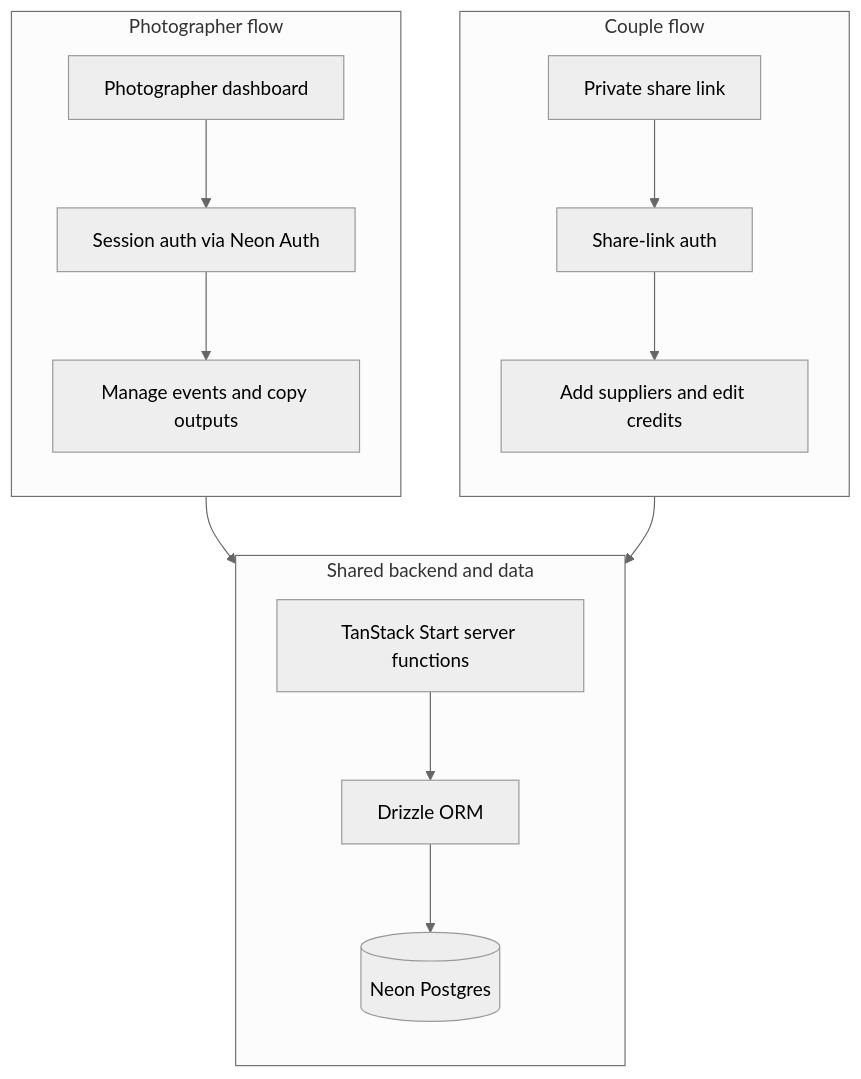
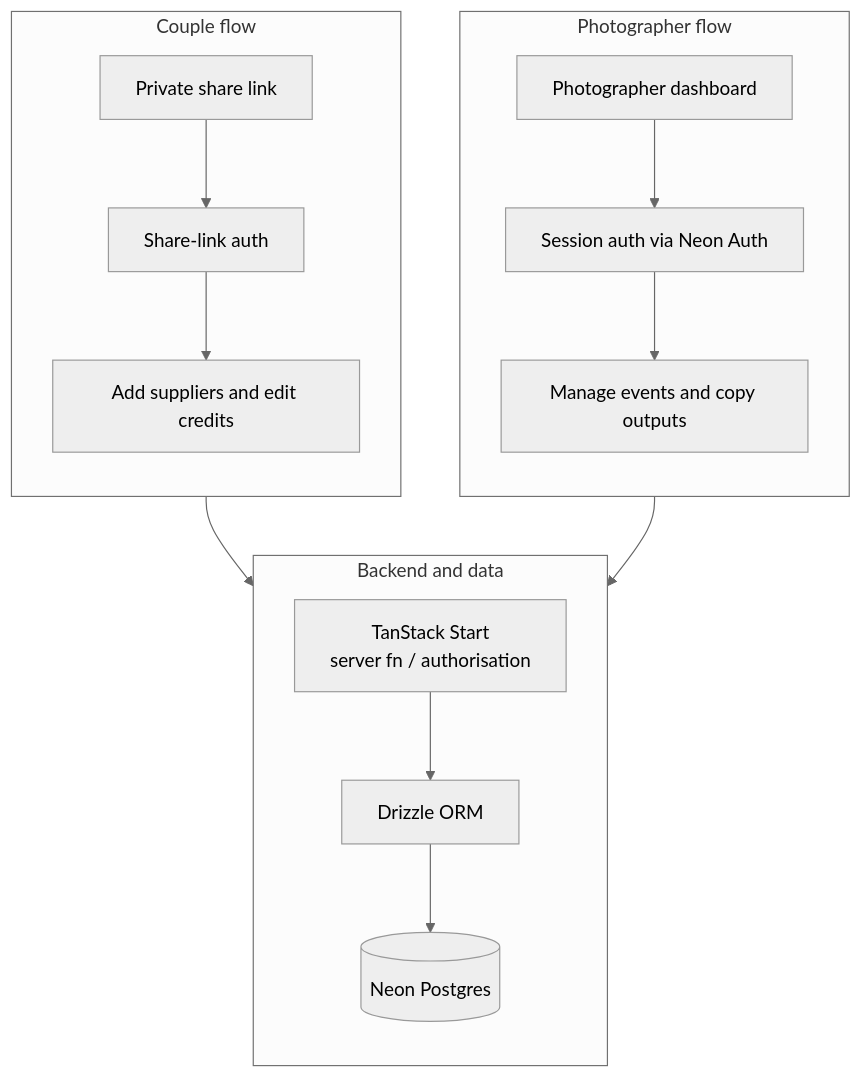
One commit to HeyHemi-dev/heyhemi changed the diagram in src/assets/projects/with-thanks/access-mode-architecture.mmd. Above: the diagram before and after it, drawn with Mermaid (neutral theme). The commit also changed 9 other files, not shown here.

Commit message:
Upgrade beautiful-mermaid and regenerate diagram assets

```diff
--- a/src/assets/projects/with-thanks/access-mode-architecture.mmd
+++ b/src/assets/projects/with-thanks/access-mode-architecture.mmd
@@ -1,28 +1,27 @@
 flowchart TD
   subgraph SessionFlow[Photographer flow]
     direction TB
     P[Photographer dashboard]
     SA[Session auth via Neon Auth]
     Admin[Manage events and copy outputs]
     P --> SA --> Admin
   end
 
   subgraph ShareFlow[Couple flow]
     direction TB
     C[Private share link]
     SB[Share-link auth]
     Collab[Add suppliers and edit credits]
     C --> SB --> Collab
   end
 
-  subgraph Shared[Shared backend and data]
+  subgraph Shared[Backend and data]
     direction TB
-    ServerFns[TanStack Start server functions]
+    ServerFns[TanStack Start<br>server fn / authorisation]
     Drizzle[Drizzle ORM]
     DB[(Neon Postgres)]
     ServerFns --> Drizzle --> DB
   end
 
 
-  SessionFlow --> Shared
-  ShareFlow --> Shared
+  Admin & Collab --> ServerFns
```
